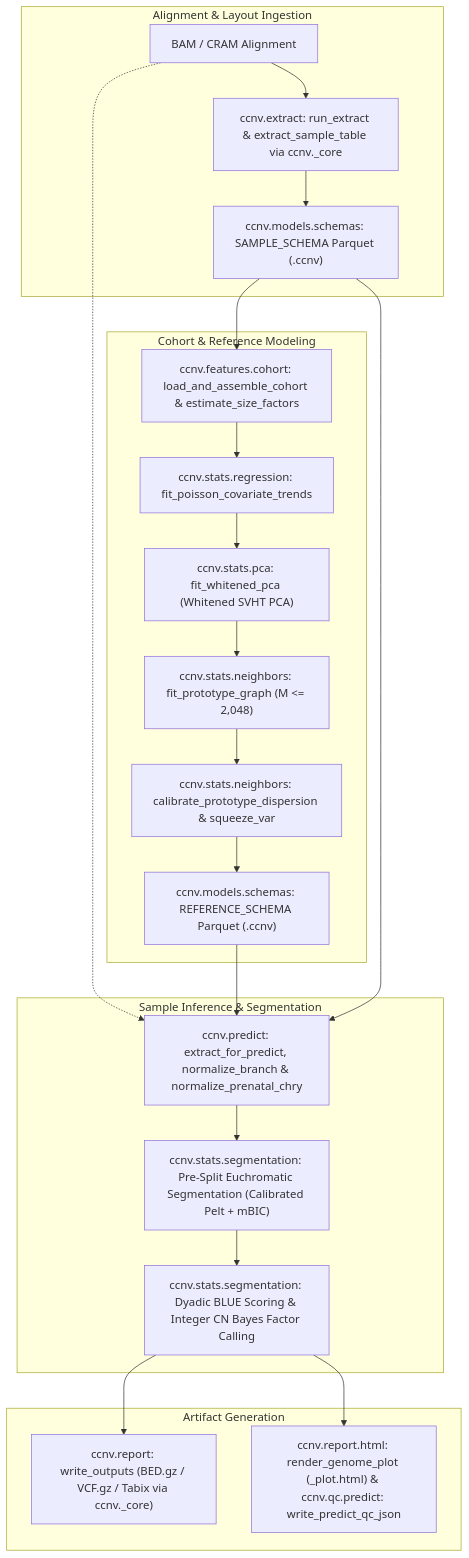
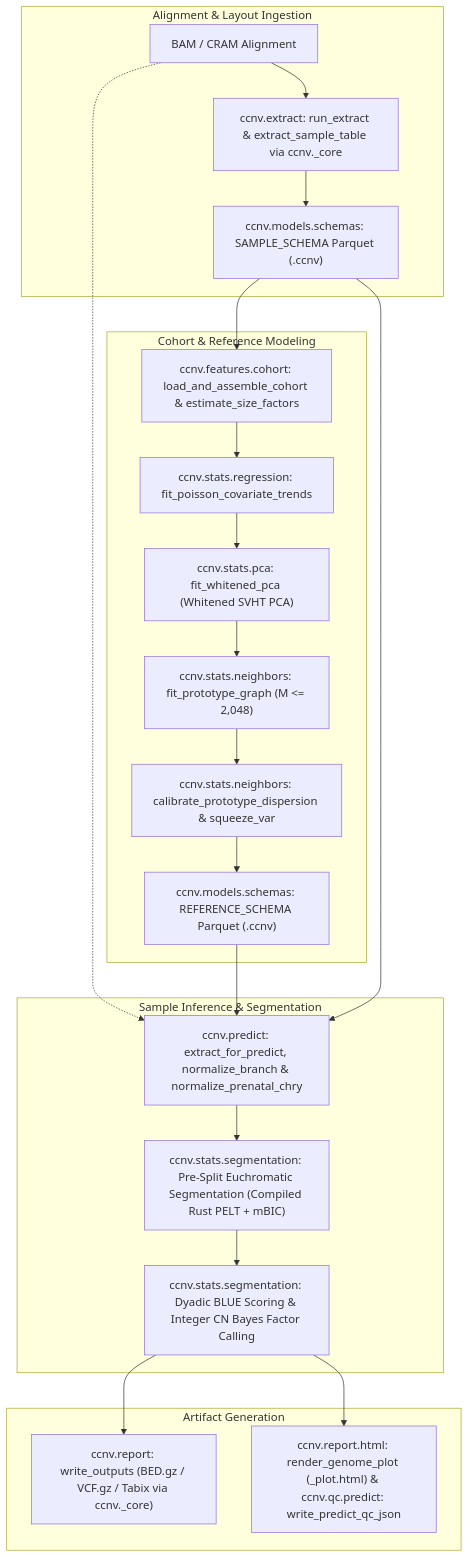
One commit to matthdsm/ccnv changed the diagram in src/ccnv/README.md. Above: the diagram before and after it, drawn with Mermaid. The commit also changed other lines of this file and 15 other files, not shown here.

First line of the commit message:
perf(segmentation): replace runtime ruptures with compiled Rust PELT kernel

````diff
--- a/src/ccnv/README.md
+++ b/src/ccnv/README.md
@@ -7,26 +7,26 @@
 ```mermaid
 flowchart TD
     subgraph Ingestion["Alignment & Layout Ingestion"]
         A["BAM / CRAM Alignment"] --> B["ccnv.extract: run_extract & extract_sample_table via ccnv._core"]
         B --> C["ccnv.models.schemas: SAMPLE_SCHEMA Parquet (.ccnv)"]
     end
     subgraph ReferenceModeling["Cohort & Reference Modeling"]
         C --> D["ccnv.features.cohort: load_and_assemble_cohort & estimate_size_factors"]
         D --> E["ccnv.stats.regression: fit_poisson_covariate_trends"]
         E --> F["ccnv.stats.pca: fit_whitened_pca (Whitened SVHT PCA)"]
         F --> G["ccnv.stats.neighbors: fit_prototype_graph (M <= 2,048)"]
         G --> H["ccnv.stats.neighbors: calibrate_prototype_dispersion & squeeze_var"]
         H --> I["ccnv.models.schemas: REFERENCE_SCHEMA Parquet (.ccnv)"]
     end
     subgraph Inference["Sample Inference & Segmentation"]
         A -.-> J["ccnv.predict: extract_for_predict, normalize_branch & normalize_prenatal_chry"]
         I --> J
         C --> J
-        J --> K["ccnv.stats.segmentation: Pre-Split Euchromatic Segmentation (Calibrated Pelt + mBIC)"]
+        J --> K["ccnv.stats.segmentation: Pre-Split Euchromatic Segmentation (Compiled Rust PELT + mBIC)"]
         K --> L["ccnv.stats.segmentation: Dyadic BLUE Scoring & Integer CN Bayes Factor Calling"]
     end
     subgraph Reporting["Artifact Generation"]
         L --> M["ccnv.report: write_outputs (BED.gz / VCF.gz / Tabix via ccnv._core)"]
         L --> N["ccnv.report.html: render_genome_plot (_plot.html) & ccnv.qc.predict: write_predict_qc_json"]
     end
 ```
````
